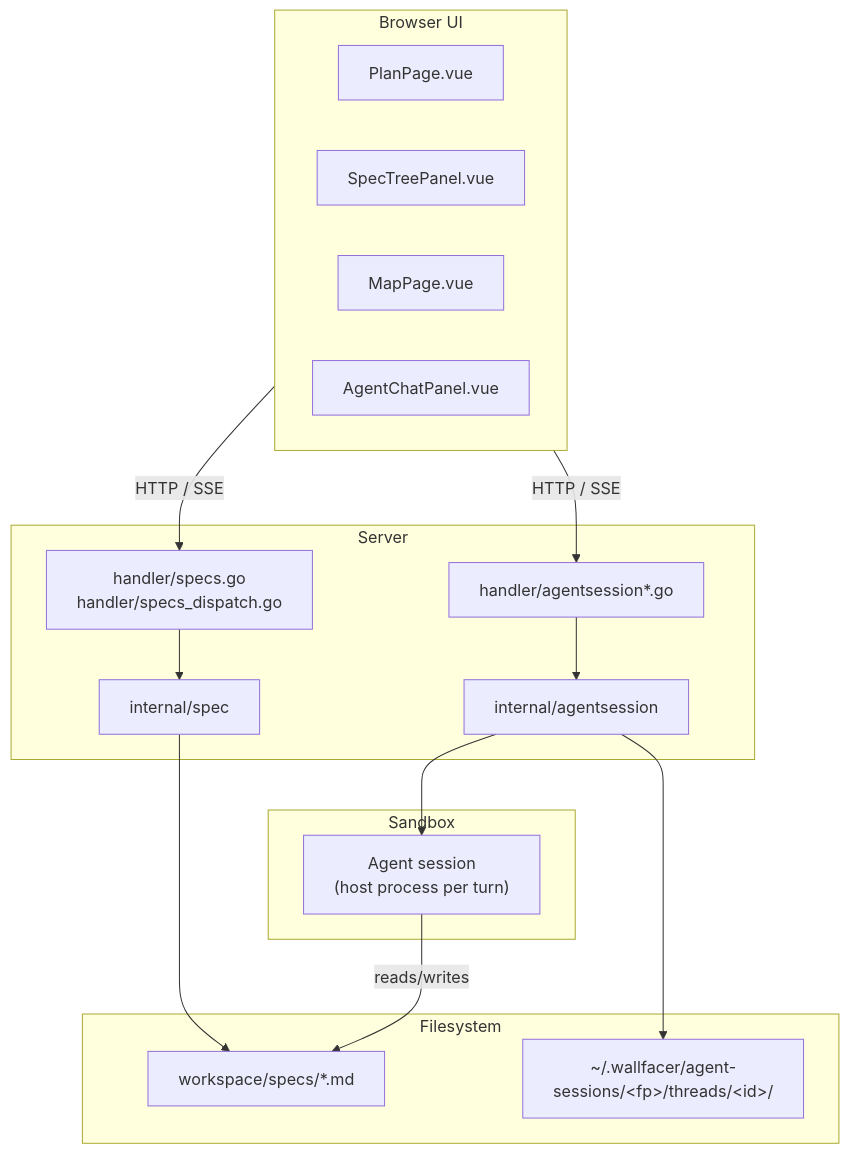
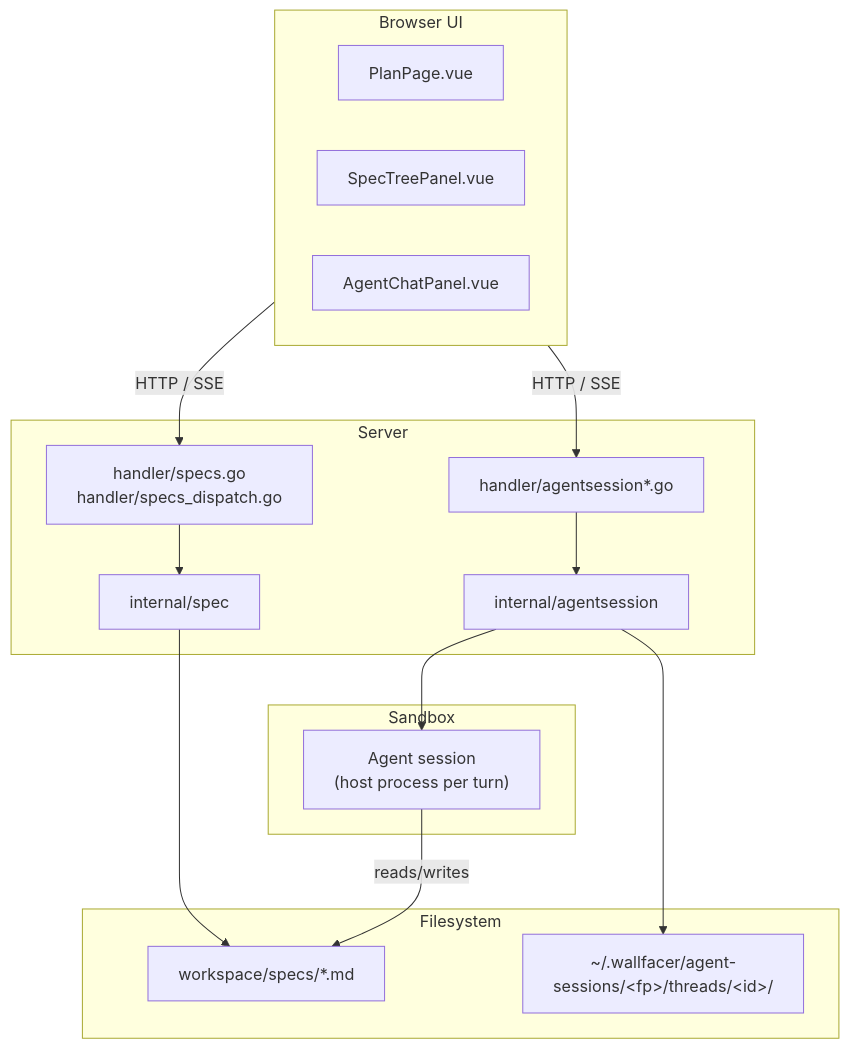
The first of 3 diagrams in docs/internals/plan-mode.md (changkun/wallfacer), drawn with Mermaid before and after one commit. The commit also changed other lines of this file and 51 other files, not shown here.

Commit message:
mission control: no spec and task graph page, /api/graph route or internal/graph package

````diff
--- a/docs/internals/plan-mode.md
+++ b/docs/internals/plan-mode.md
@@ -7,31 +7,30 @@
 ```mermaid
 flowchart TB
   subgraph UI["Browser UI"]
     ModePlan["PlanPage.vue"]
     Explorer["SpecTreePanel.vue"]
-    Minimap["MapPage.vue"]
     Chat["AgentChatPanel.vue"]
   end
   subgraph Server
     SpecsH["handler/specs.go<br/>handler/specs_dispatch.go"]
     PlanH["handler/agentsession*.go"]
     Spec["internal/spec"]
     Runtime["internal/agentsession"]
   end
   subgraph FS["Filesystem"]
     specsDir["workspace/specs/*.md"]
     threadsDir["~/.wallfacer/agent-sessions/&lt;fp&gt;/threads/&lt;id&gt;/"]
   end
   subgraph Sandbox
     Box["Agent session<br/>(host process per turn)"]
   end
 
   UI -->|HTTP / SSE| SpecsH
   UI -->|HTTP / SSE| PlanH
   SpecsH --> Spec
   Spec --> specsDir
   PlanH --> Runtime
   Runtime --> Box
   Runtime --> threadsDir
   Box -->|reads/writes| specsDir
 ```
````
